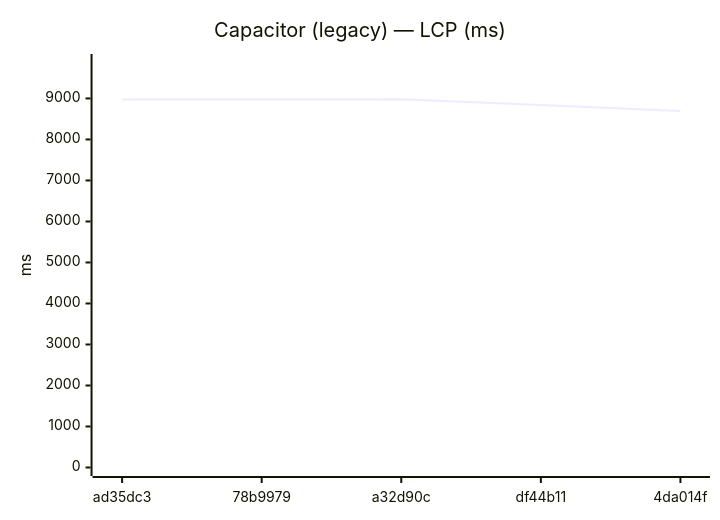
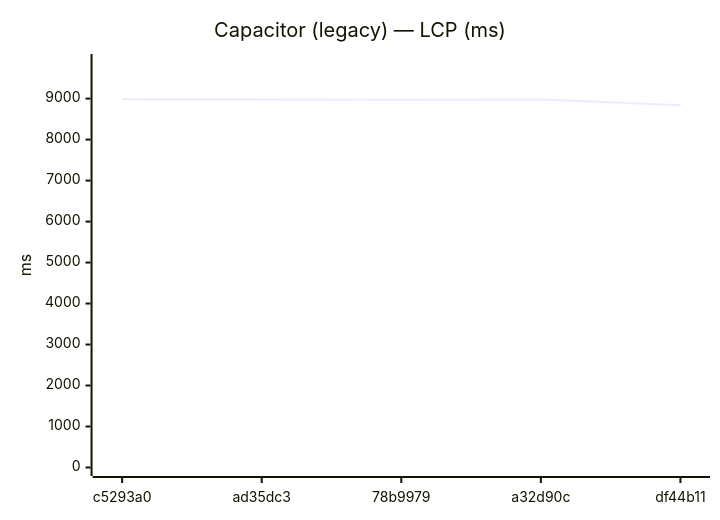
One commit to Metaheurist/Rianell changed diagram 13 of 24 in benchmarks/compare.md. Above: the diagram before and after it, drawn with Mermaid. The commit also changed other lines of this file and 14 other files, not shown here.

````diff
--- a/benchmarks/compare.md
+++ b/benchmarks/compare.md
@@ -194,7 +194,7 @@
 ```mermaid
 xychart-beta
     title "Capacitor (legacy) — LCP (ms)"
-    x-axis ["ad35dc3", "78b9979", "a32d90c", "df44b11", "4da014f"]
-    y-axis "ms" 0 --> 9877
-    line [8976, 8972, 8979, 8838, 8693]
+    x-axis ["c5293a0", "ad35dc3", "78b9979", "a32d90c", "df44b11"]
+    y-axis "ms" 0 --> 9881
+    line [8982, 8976, 8972, 8979, 8838]
 ```
````
